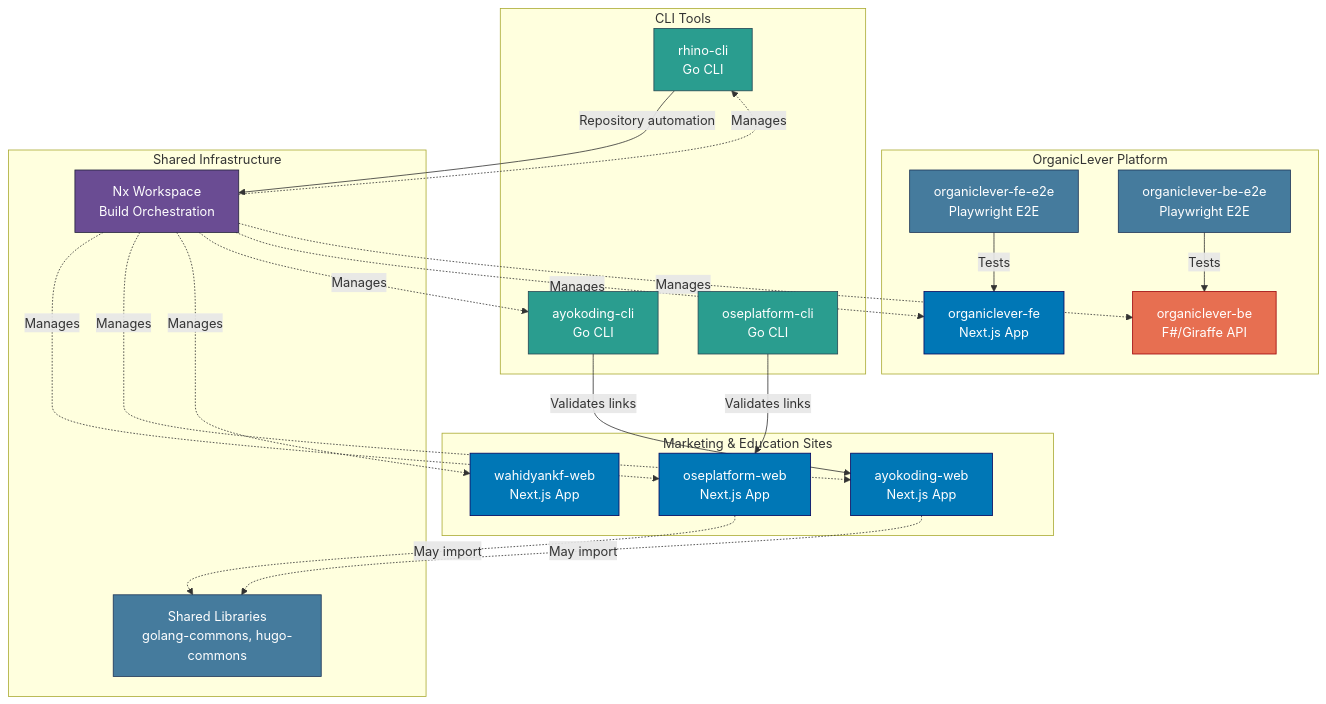
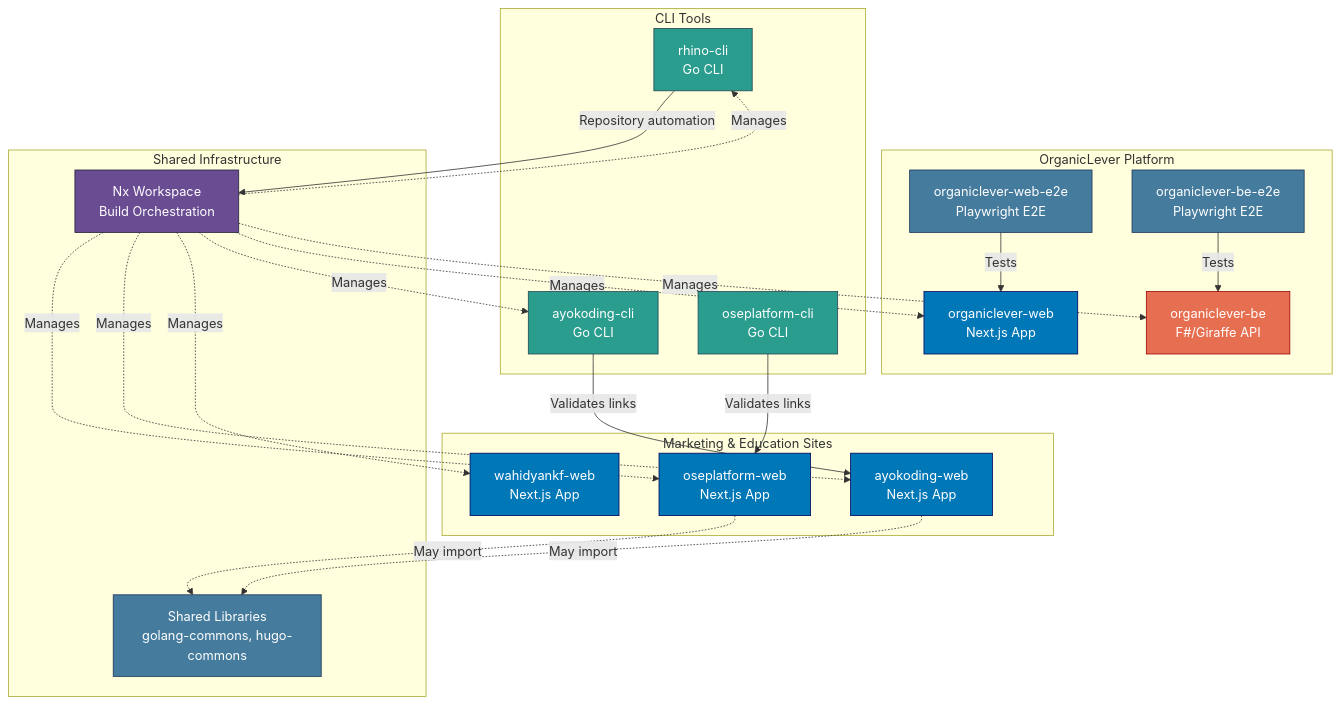
Before and after one commit to wahidyankf/open-sharia-enterprise: the diagram in docs/reference/system-architecture/applications.md, drawn with Mermaid. The commit also changed other lines of this file and 193 other files, not shown here.

First line of the commit message:
refactor(organiclever): rename organiclever-fe* to organiclever-web*

````diff
--- a/docs/reference/system-architecture/applications.md
+++ b/docs/reference/system-architecture/applications.md
@@ -174,56 +174,56 @@
 ```mermaid
 graph TB
     subgraph "Marketing & Education Sites"
         OSE[oseplatform-web<br/>Next.js App]
         AYO[ayokoding-web<br/>Next.js App]
         WKF[wahidyankf-web<br/>Next.js App]
     end
 
     subgraph "OrganicLever Platform"
-        OL_FE[organiclever-fe<br/>Next.js App]
+        OL_FE[organiclever-web<br/>Next.js App]
         OL_BE[organiclever-be<br/>F#/Giraffe API]
-        OL_FE_E2E[organiclever-fe-e2e<br/>Playwright E2E]
+        OL_FE_E2E[organiclever-web-e2e<br/>Playwright E2E]
         OL_BE_E2E[organiclever-be-e2e<br/>Playwright E2E]
     end
 
     subgraph "CLI Tools"
         AYOCLI[ayokoding-cli<br/>Go CLI]
         RHINO[rhino-cli<br/>Go CLI]
         OSECLI[oseplatform-cli<br/>Go CLI]
     end
 
     subgraph "Shared Infrastructure"
         NX[Nx Workspace<br/>Build Orchestration]
         LIBS[Shared Libraries<br/>golang-commons, hugo-commons]
     end
 
     AYOCLI -->|Validates links| AYO
     RHINO -->|Repository automation| NX
     OSECLI -->|Validates links| OSE
     OL_FE_E2E -->|Tests| OL_FE
     OL_BE_E2E -->|Tests| OL_BE
 
     NX -.->|Manages| OSE
     NX -.->|Manages| AYO
     NX -.->|Manages| WKF
     NX -.->|Manages| AYOCLI
     NX -.->|Manages| RHINO
     NX -.->|Manages| OL_FE
     NX -.->|Manages| OL_BE
 
     OSE -.->|May import| LIBS
     AYO -.->|May import| LIBS
 
     style OSE fill:#0077b6,stroke:#03045e,color:#ffffff
     style AYO fill:#0077b6,stroke:#03045e,color:#ffffff
     style WKF fill:#0077b6,stroke:#03045e,color:#ffffff
     style OL_FE fill:#0077b6,stroke:#03045e,color:#ffffff
     style OL_BE fill:#e76f51,stroke:#9d0208,color:#ffffff
     style OL_FE_E2E fill:#457b9d,stroke:#1d3557,color:#ffffff
     style OL_BE_E2E fill:#457b9d,stroke:#1d3557,color:#ffffff
     style AYOCLI fill:#2a9d8f,stroke:#264653,color:#ffffff
     style RHINO fill:#2a9d8f,stroke:#264653,color:#ffffff
     style OSECLI fill:#2a9d8f,stroke:#264653,color:#ffffff
     style NX fill:#6a4c93,stroke:#22223b,color:#ffffff
     style LIBS fill:#457b9d,stroke:#1d3557,color:#ffffff
 ```
````
